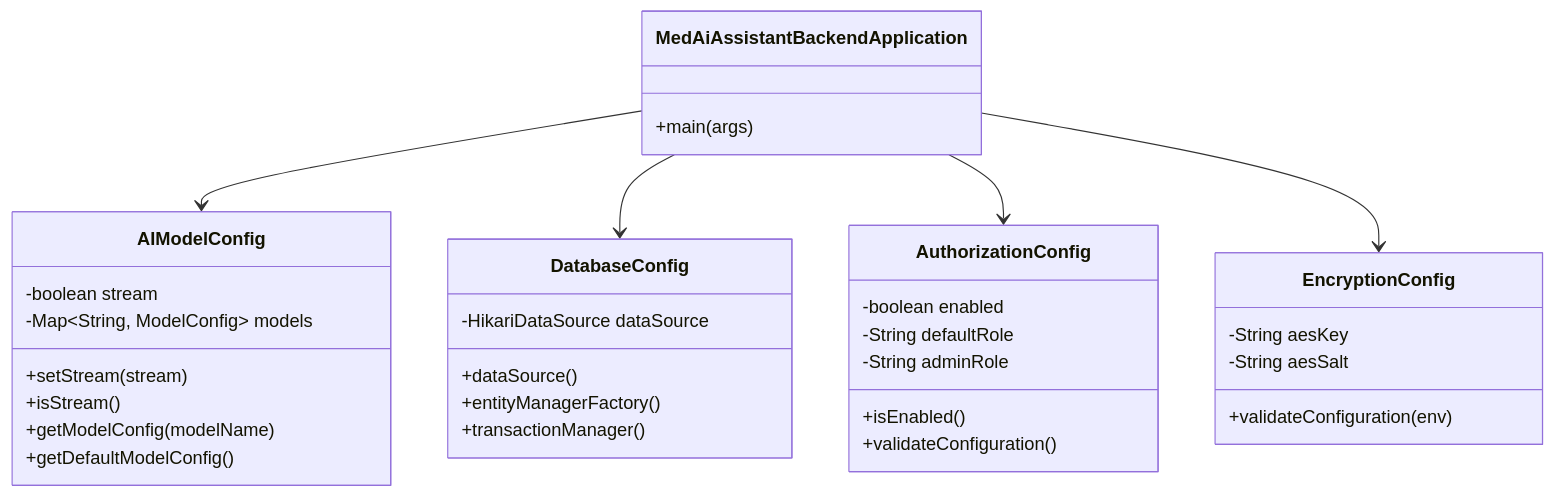
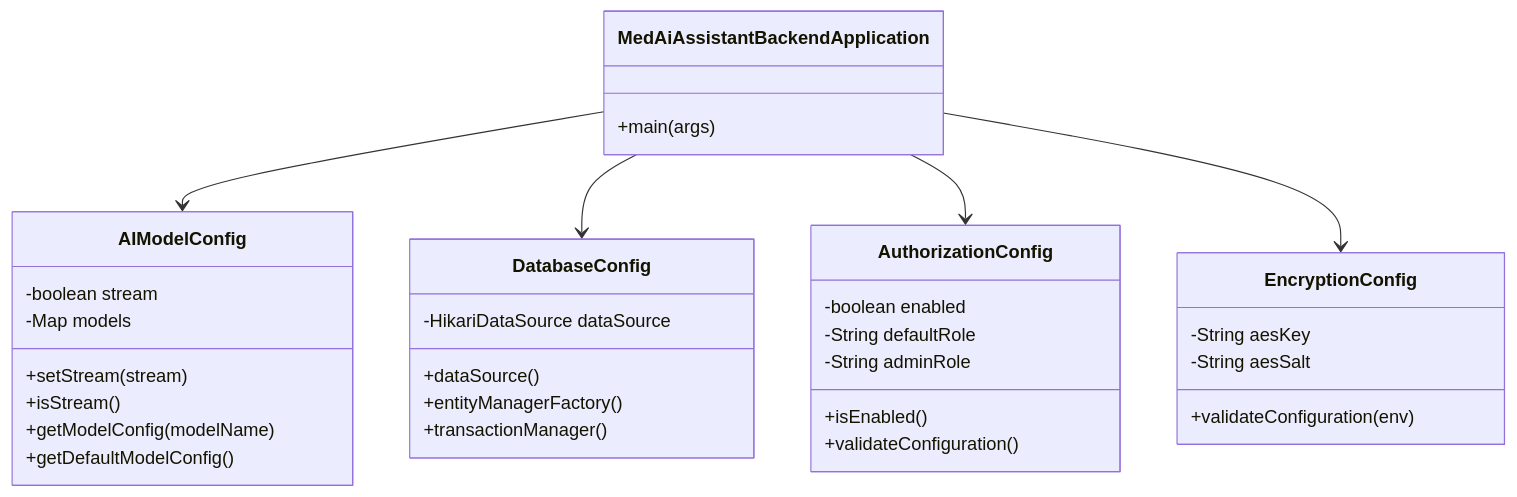
The second of 19 diagrams in .qoder/repowiki/zh/content/Update Summary/Update Summary.md (liuzh2008/med_ai_assistant_workspace), drawn with Mermaid before and after one commit. The commit also changed other lines of this file and 5 other files, not shown here.

````diff
--- a/.qoder/repowiki/zh/content/Update Summary/Update Summary.md
+++ b/.qoder/repowiki/zh/content/Update Summary/Update Summary.md
@@ -126,36 +96,36 @@
 ```mermaid
 classDiagram
 class MedAiAssistantBackendApplication {
 +main(args)
 }
 class AIModelConfig {
 -boolean stream
--Map~String, ModelConfig~ models
+-Map<String, ModelConfig> models
 +setStream(stream)
 +isStream()
 +getModelConfig(modelName)
 +getDefaultModelConfig()
 }
 class DatabaseConfig {
 -HikariDataSource dataSource
 +dataSource()
 +entityManagerFactory()
 +transactionManager()
 }
 class AuthorizationConfig {
 -boolean enabled
 -String defaultRole
 -String adminRole
 +isEnabled()
 +validateConfiguration()
 }
 class EncryptionConfig {
 -String aesKey
 -String aesSalt
 +validateConfiguration(env)
 }
 MedAiAssistantBackendApplication --> AIModelConfig
 MedAiAssistantBackendApplication --> DatabaseConfig
 MedAiAssistantBackendApplication --> AuthorizationConfig
 MedAiAssistantBackendApplication --> EncryptionConfig
 ```
````
